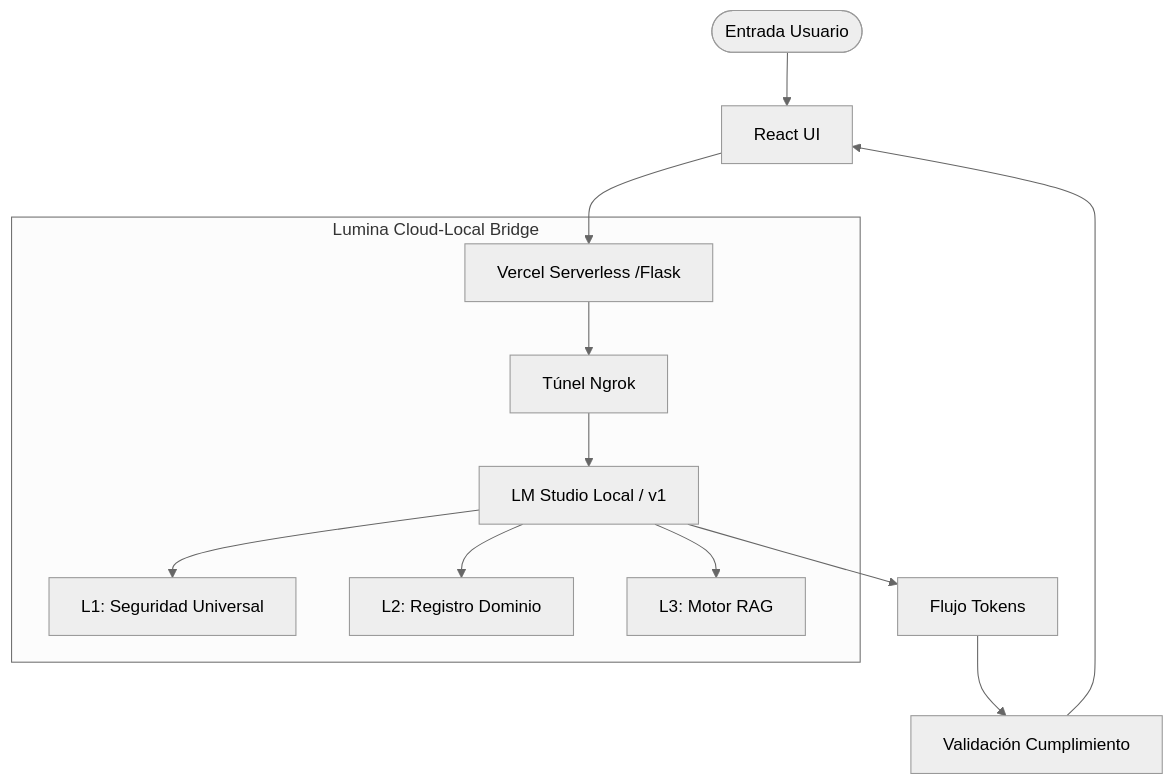
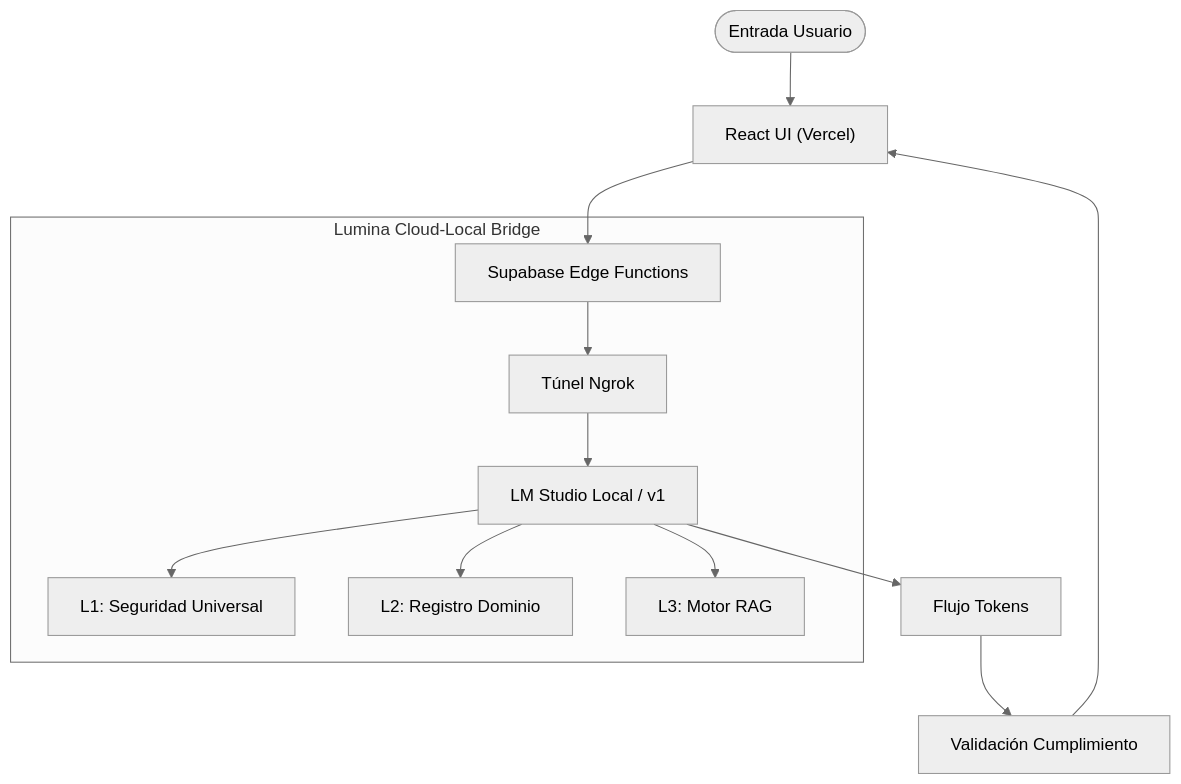
The diagram in DOCS-ES.md (D4RKL0RD-J0571N/Lumina-Automated-Context-Aware-Engagement---Compliance-Engine), drawn with Mermaid (neutral theme) before and after one commit. The commit also changed other lines of this file and 8 other files, not shown here.

````diff
--- a/DOCS-ES.md
+++ b/DOCS-ES.md
@@ -15,15 +15,15 @@
 ```mermaid
 graph TD
-    User([Entrada Usuario]) --> Frontend[React UI]
-    Frontend --> Vercel[Vercel Serverless /Flask]
+    User([Entrada Usuario]) --> Frontend["React UI (Vercel)"]
+    Frontend --> EdgeFn["Supabase Edge Functions"]
     subgraph Engine ["Lumina Cloud-Local Bridge"]
-        Vercel --> Ngrok[Túnel Ngrok]
+        EdgeFn --> Ngrok[Túnel Ngrok]
         Ngrok --> LocalAI[LM Studio Local / v1]
         LocalAI --> L1[L1: Seguridad Universal]
         LocalAI --> L2[L2: Registro Dominio]
         LocalAI --> L3[L3: Motor RAG]
     end
     LocalAI --> Stream[Flujo Tokens]
     Stream --> Interceptor[Validación Cumplimiento]
     Interceptor --> Frontend
 ```
````
